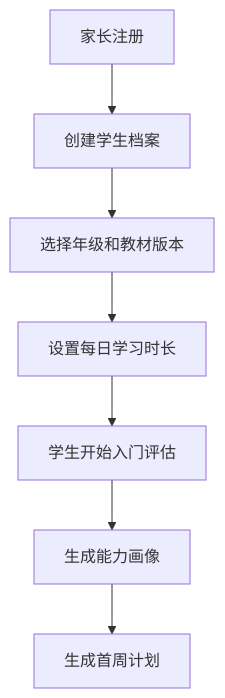
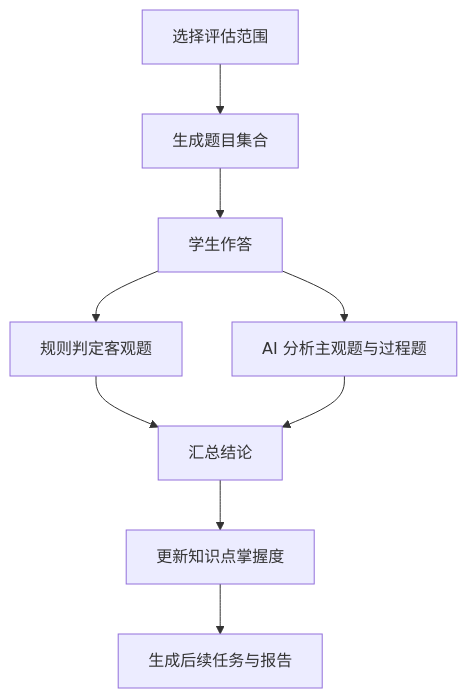
One commit to angelash/StudyAgent changed the second of 3 diagrams in doc/2026-小学学习闭环系统-Web详细设计.md. Above: the diagram before and after it, drawn with Mermaid. The commit also changed other lines of this file and 1 other file, not shown here.

````diff
--- a/doc/2026-小学学习闭环系统-Web详细设计.md
+++ b/doc/2026-小学学习闭环系统-Web详细设计.md
@@ -701,9 +462,11 @@
 ```mermaid
 flowchart TD
-    A[家长注册] --> B[创建学生档案]
-    B --> C[选择年级和教材版本]
-    C --> D[设置每日学习时长]
-    D --> E[学生开始入门评估]
-    E --> F[生成能力画像]
-    F --> G[生成首周计划]
+    A[选择评估范围] --> B[生成题目集合]
+    B --> C[学生作答]
+    C --> D[规则判定客观题]
+    C --> E[AI 分析主观题与过程题]
+    D --> F[汇总结论]
+    E --> F
+    F --> G[更新知识点掌握度]
+    G --> H[生成后续任务与报告]
 ```
````
